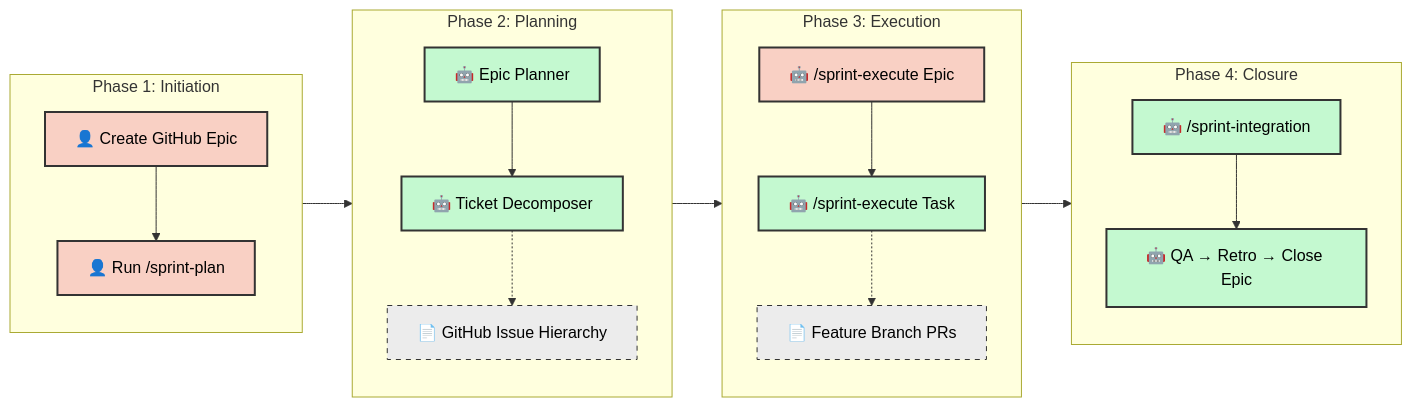
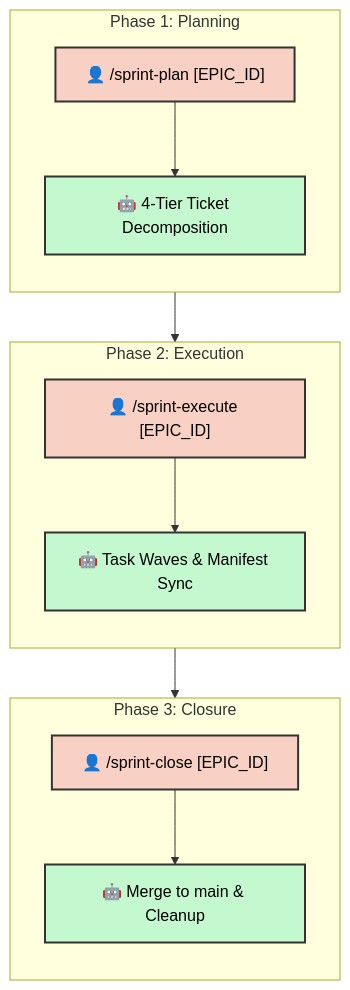
Before and after one commit to dsj1984/agent-protocols: the diagram in .agents/SDLC.md, drawn with Mermaid. The commit also changed other lines of this file and 2 other files, not shown here.

Commit message:
docs: finalized v5 MCP documentation and SDLC workflow

````diff
--- a/.agents/SDLC.md
+++ b/.agents/SDLC.md
@@ -25,40 +31,30 @@
 ```mermaid
-graph LR
+graph TD
     classDef manual fill:#f9d0c4,stroke:#333,stroke-width:2px,color:#000;
     classDef agentic fill:#c4f9d0,stroke:#333,stroke-width:2px,color:#000;
     classDef artifact fill:#ececec,stroke:#333,stroke-width:1px,stroke-dasharray: 5 5,color:#000;
 
-    subgraph Phase1 ["Phase 1: Initiation"]
+    subgraph Phase1 ["Phase 1: Planning"]
         direction TB
-        A["👤 Create GitHub Epic"]:::manual
-        B["👤 Run /sprint-plan"]:::manual
+        A["👤 /sprint-plan [EPIC_ID]"]:::manual
+        B["🤖 4-Tier Ticket Decomposition"]:::agentic
         A --> B
     end
 
-    subgraph Phase2 ["Phase 2: Planning"]
+    subgraph Phase2 ["Phase 2: Execution"]
         direction TB
-        C["🤖 Epic Planner"]:::agentic
-        D["🤖 Ticket Decomposer"]:::agentic
+        C["👤 /sprint-execute [EPIC_ID]"]:::manual
+        D["🤖 Task Waves & Manifest Sync"]:::agentic
         C --> D
-        D -.-> D_Art["📄 GitHub Issue Hierarchy"]:::artifact
     end
 
-    subgraph Phase3 ["Phase 3: Execution"]
+    subgraph Phase3 ["Phase 3: Closure"]
         direction TB
-        E["🤖 /sprint-execute Epic"]:::manual
-        F["🤖 /sprint-execute Task"]:::agentic
+        E["👤 /sprint-close [EPIC_ID]"]:::manual
+        F["🤖 Merge to main & Cleanup"]:::agentic
         E --> F
-        F -.-> F_Art["📄 Feature Branch PRs"]:::artifact
-    end
-
-    subgraph Phase4 ["Phase 4: Closure"]
-        direction TB
-        G["🤖 /sprint-integration"]:::agentic
-        H["🤖 QA → Retro → Close Epic"]:::agentic
-        G --> H
     end
 
     B --> C
     D --> E
-    F --> G
 ```
````
